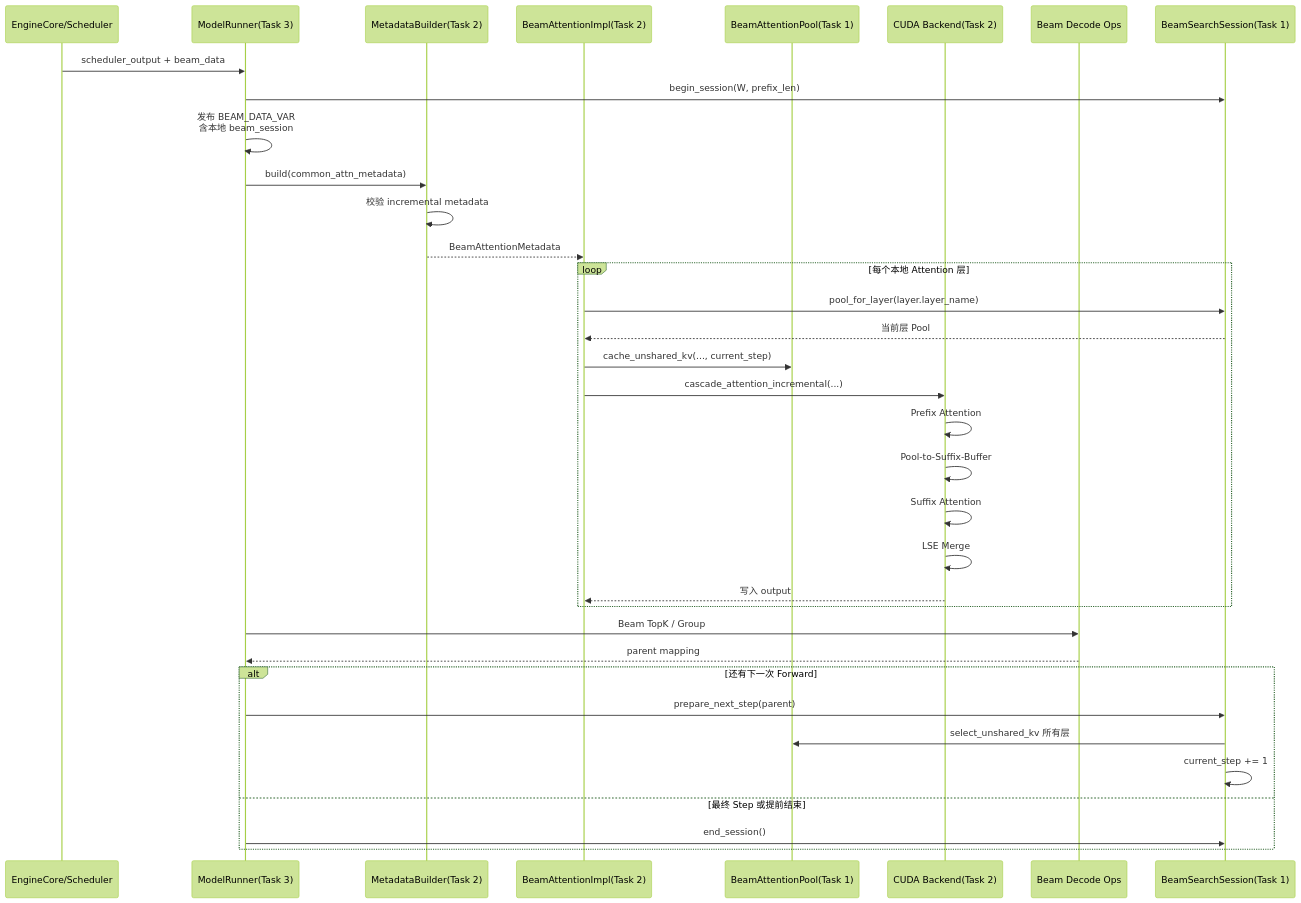
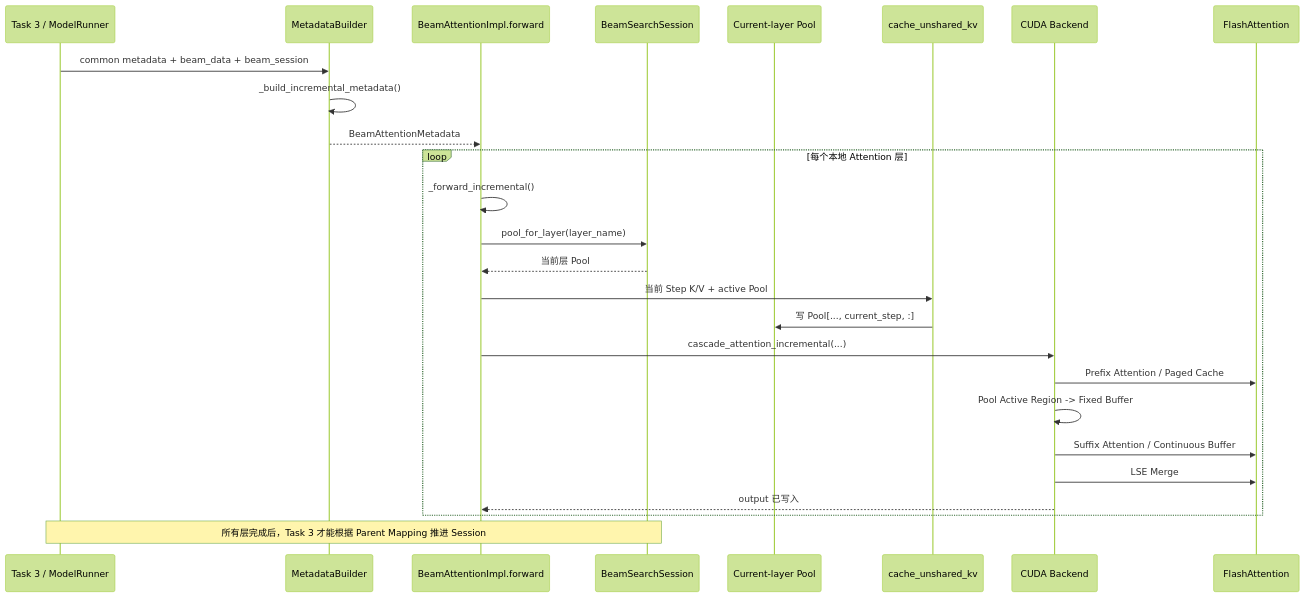
The third of 7 diagrams in [Task 2] 增量解码 Attention 计算路径.md (ZhiYunpenghuawei/p1), drawn with Mermaid (forest theme) before and after one commit. The commit also changed other lines of this file, not shown here.

Commit message:
Update [Task 2] 增量解码 Attention 计算路径.md

````diff
--- a/[Task 2] 增量解码 Attention 计算路径.md
+++ b/[Task 2] 增量解码 Attention 计算路径.md
@@ -186,40 +244,31 @@
 ```mermaid
 sequenceDiagram
-    participant E as EngineCore/Scheduler
-    participant R as ModelRunner(Task 3)
-    participant B as MetadataBuilder(Task 2)
-    participant A as BeamAttentionImpl(Task 2)
-    participant P as BeamAttentionPool(Task 1)
-    participant G as CUDA Backend(Task 2)
-    participant D as Beam Decode Ops
-    participant S as BeamSearchSession(Task 1)
+    participant T3 as Task 3 / ModelRunner
+    participant MB as MetadataBuilder
+    participant F as BeamAttentionImpl.forward
+    participant S as BeamSearchSession
+    participant P as Current-layer Pool
+    participant O as cache_unshared_kv
+    participant G as CUDA Backend
+    participant FA as FlashAttention
 
-    E->>R: scheduler_output + beam_data
-    R->>S: begin_session(W, prefix_len)
-    R->>R: 发布 BEAM_DATA_VAR<br/>含本地 beam_session
-    R->>B: build(common_attn_metadata)
-    B->>B: 校验 incremental metadata
-    B-->>A: BeamAttentionMetadata
+    T3->>MB: common metadata + beam_data + beam_session
+    MB->>MB: _build_incremental_metadata()
+    MB-->>F: BeamAttentionMetadata
 
     loop 每个本地 Attention 层
-        A->>S: pool_for_layer(layer.layer_name)
-        S-->>A: 当前层 Pool
-        A->>P: cache_unshared_kv(..., current_step)
-        A->>G: cascade_attention_incremental(...)
-        G->>G: Prefix Attention
-        G->>G: Pool-to-Suffix-Buffer
-        G->>G: Suffix Attention
-        G->>G: LSE Merge
-        G-->>A: 写入 output
+        F->>F: _forward_incremental()
+        F->>S: pool_for_layer(layer_name)
+        S-->>F: 当前层 Pool
+        F->>O: 当前 Step K/V + active Pool
+        O->>P: 写 Pool[..., current_step, :]
+        F->>G: cascade_attention_incremental(...)
+        G->>FA: Prefix Attention / Paged Cache
+        G->>G: Pool Active Region -> Fixed Buffer
+        G->>FA: Suffix Attention / Continuous Buffer
+        G->>FA: LSE Merge
+        G-->>F: output 已写入
     end
 
-    R->>D: Beam TopK / Group
-    D-->>R: parent mapping
-    alt 还有下一次 Forward
-        R->>S: prepare_next_step(parent)
-        S->>P: select_unshared_kv 所有层
-        S->>S: current_step += 1
-    else 最终 Step 或提前结束
-        R->>S: end_session()
-    end
+    Note over T3,S: 所有层完成后，Task 3 才能根据 Parent Mapping 推进 Session
 ```
````
